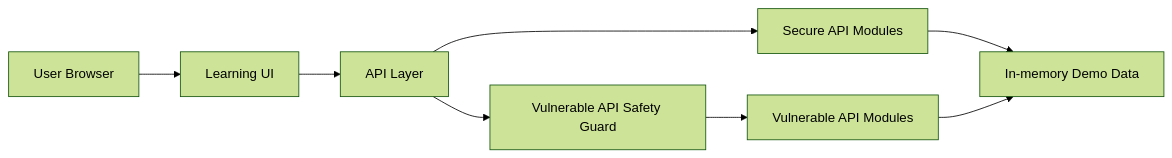
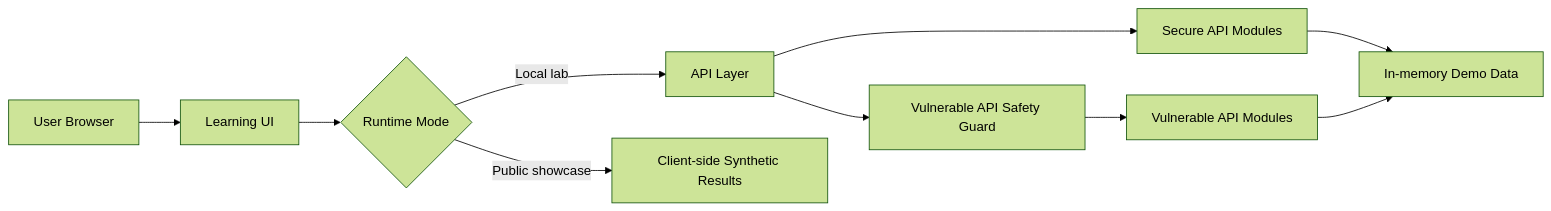
Before and after one commit to kiryu1211/api-security-lab-platform: the first of 8 diagrams in docs/design.en.md, drawn with Mermaid (forest theme). The commit also changed other lines of this file and 22 other files, not shown here.

````diff
--- a/docs/design.en.md
+++ b/docs/design.en.md
@@ -21,10 +21,12 @@
 ```mermaid
 flowchart LR
     U[User Browser] --> UI[Learning UI]
-    UI --> API[API Layer]
+    UI --> Mode{Runtime Mode}
+    Mode -- Local lab --> API[API Layer]
+    Mode -- Public showcase --> Showcase[Client-side Synthetic Results]
     API --> Safe[Secure API Modules]
     API --> Guard[Vulnerable API Safety Guard]
     Guard --> Vuln[Vulnerable API Modules]
     Safe --> Data[In-memory Demo Data]
     Vuln --> Data
 ```
````
